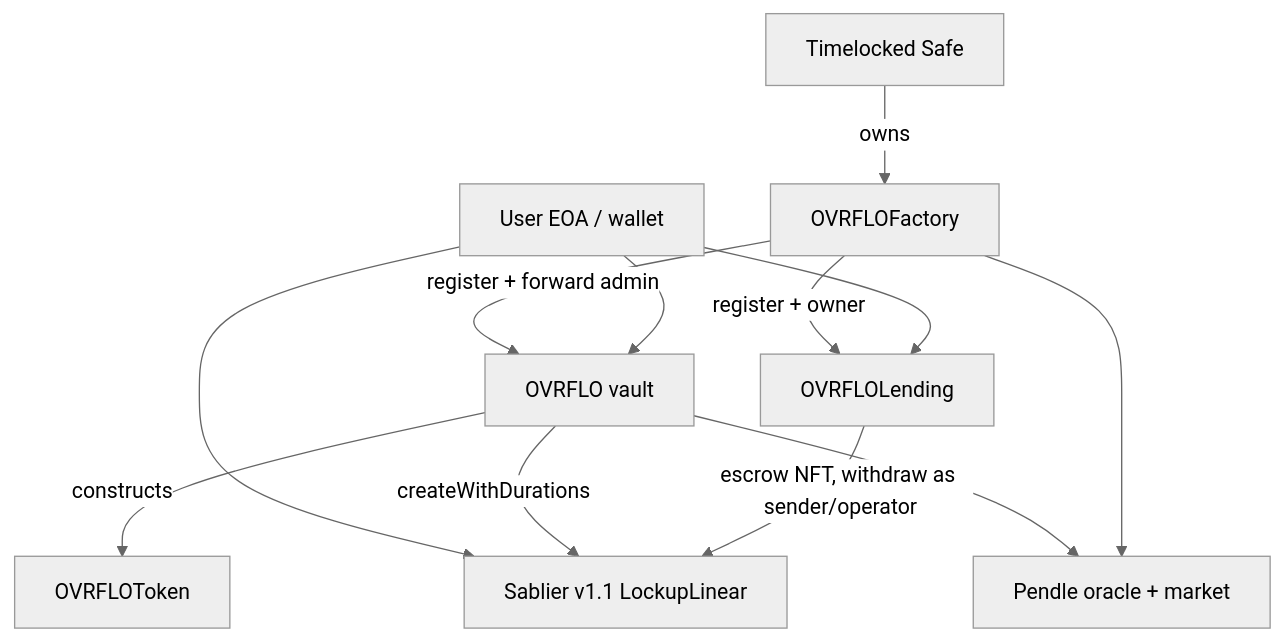
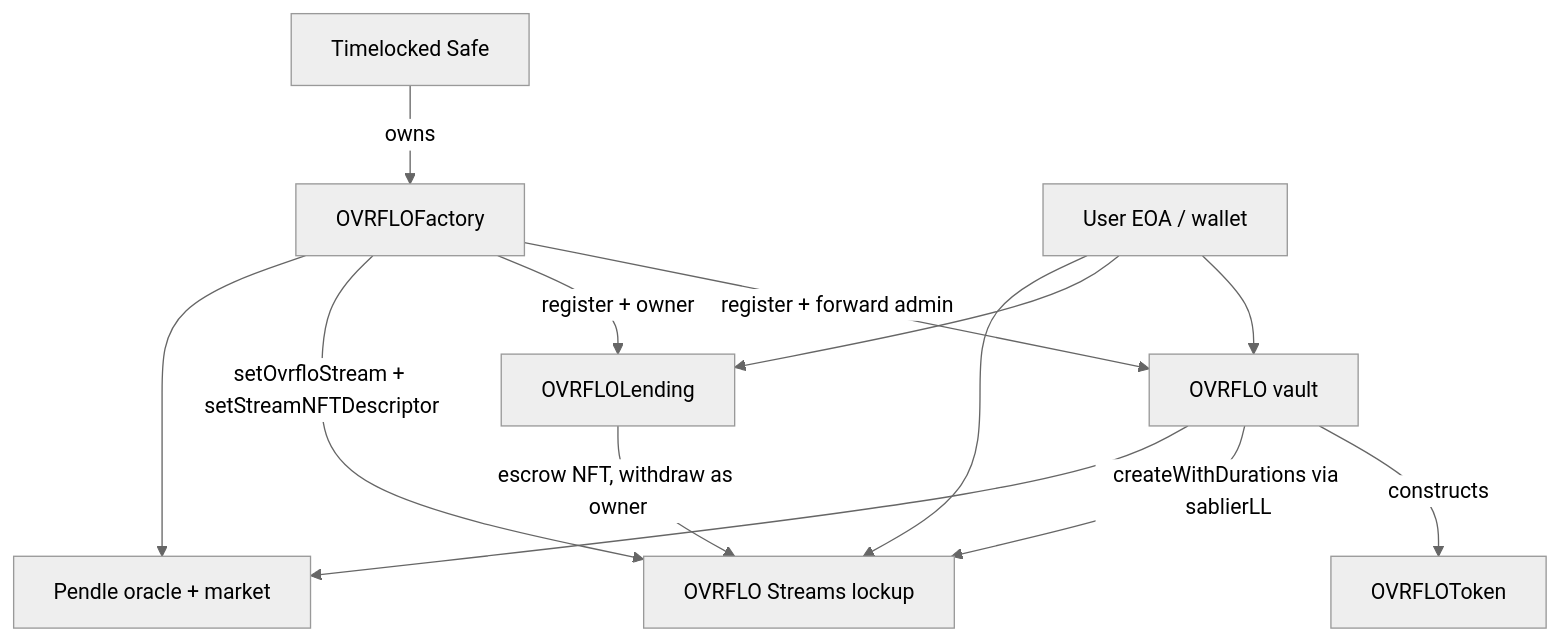
One commit to ayeslick/OVRFLO changed the diagram in docs/agents/onboarding.md. Above: the diagram before and after it, drawn with Mermaid (neutral theme). The commit also changed other lines of this file and 11 other files, not shown here.

First line of the commit message:
docs(streams): Rebind audit docs to OVRFLO Streams

````diff
--- a/docs/agents/onboarding.md
+++ b/docs/agents/onboarding.md
@@ -96,14 +110,15 @@
 ```mermaid
 flowchart TD
   Safe["Timelocked Safe"] -->|owns| Factory["OVRFLOFactory"]
   Factory -->|"register + forward admin"| Vault["OVRFLO vault"]
   Factory -->|"register + owner"| Book["OVRFLOLending"]
+  Factory -->|"setOvrfloStream + setStreamNFTDescriptor"| Stream["OVRFLO Streams lockup"]
   Vault -->|constructs| Token["OVRFLOToken"]
   User["User EOA / wallet"] --> Vault
   User --> Book
-  User --> Sablier["Sablier v1.1 LockupLinear"]
-  Vault -->|createWithDurations| Sablier
-  Book -->|escrow NFT, withdraw as sender/operator| Sablier
+  User --> Stream
+  Vault -->|createWithDurations via sablierLL| Stream
+  Book -->|escrow NFT, withdraw as owner| Stream
   Vault --> Pendle["Pendle oracle + market"]
   Factory --> Pendle
 ```
````
